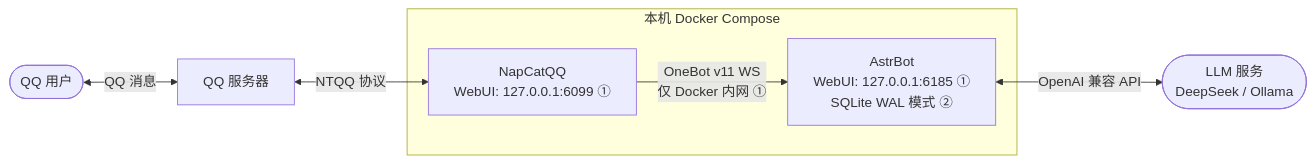
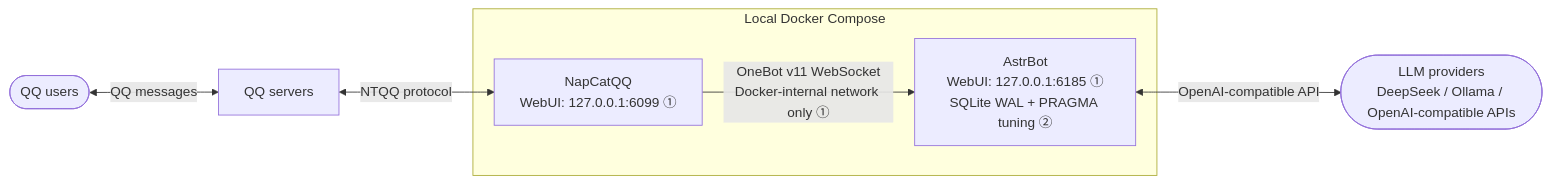
The first of 2 diagrams in README.md (Junliang-Lyu/astrbot-napcat-docker), drawn with Mermaid before and after one commit. The commit also changed other lines of this file, not shown here.

````diff
--- a/README.md
+++ b/README.md
@@ -11,17 +78,17 @@
 ```mermaid
 graph LR
-    User(["QQ 用户"])
-    QQSrv["QQ 服务器"]
+    User(["QQ users"])
+    QQSrv["QQ servers"]
 
-    subgraph compose["本机 Docker Compose"]
+    subgraph compose["Local Docker Compose"]
         NapCat["NapCatQQ\nWebUI: 127.0.0.1:6099 ①"]
-        AstrBot["AstrBot\nWebUI: 127.0.0.1:6185 ①\nSQLite WAL 模式 ②"]
+        AstrBot["AstrBot\nWebUI: 127.0.0.1:6185 ①\nSQLite WAL + PRAGMA tuning ②"]
     end
 
-    LLM(["LLM 服务\nDeepSeek / Ollama"])
+    LLM(["LLM providers\nDeepSeek / Ollama / OpenAI-compatible APIs"])
 
-    User <-->|QQ 消息| QQSrv
-    QQSrv <-->|NTQQ 协议| NapCat
-    NapCat -->|"OneBot v11 WS\n仅 Docker 内网 ①"| AstrBot
-    AstrBot <-->|OpenAI 兼容 API| LLM
+    User <-->|QQ messages| QQSrv
+    QQSrv <-->|NTQQ protocol| NapCat
+    NapCat -->|"OneBot v11 WebSocket\nDocker-internal network only ①"| AstrBot
+    AstrBot <-->|OpenAI-compatible API| LLM
 ```
````
